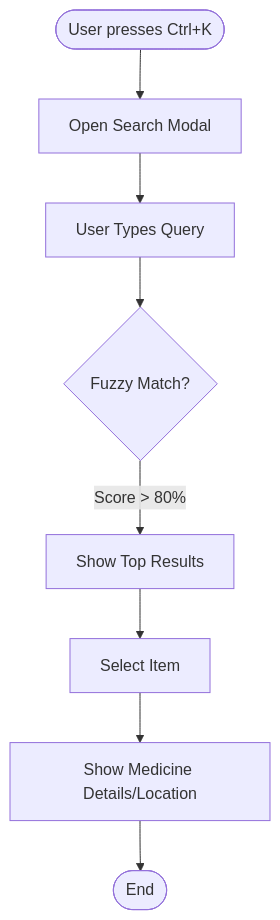
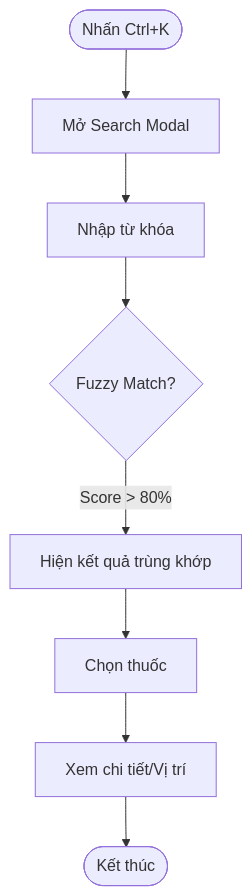
One commit to Des1r3d/KiThuatLapTrinhNhom3 changed the fourth of 4 diagrams in docs/design_docs.md. Above: the diagram before and after it, drawn with Mermaid. The commit also changed other lines of this file and 1 other file, not shown here.

````diff
--- a/docs/design_docs.md
+++ b/docs/design_docs.md
@@ -105,10 +105,10 @@
 ```mermaid
 flowchart TD
-    Start([User presses Ctrl+K]) --> Modal[Open Search Modal]
-    Modal --> Type[User Types Query]
+    Start([Nhấn Ctrl+K]) --> Modal[Mở Search Modal]
+    Modal --> Type[Nhập từ khóa]
     Type --> Fuzzy{Fuzzy Match?}
-    Fuzzy -- Score > 80% --> Results[Show Top Results]
-    Results --> Select[Select Item]
-    Select --> Detail[Show Medicine Details/Location]
-    Detail --> End([End])
+    Fuzzy -- Score > 80% --> Results[Hiện kết quả trùng khớp]
+    Results --> Select[Chọn thuốc]
+    Select --> Detail[Xem chi tiết/Vị trí]
+    Detail --> End([Kết thúc])
 ```
````
